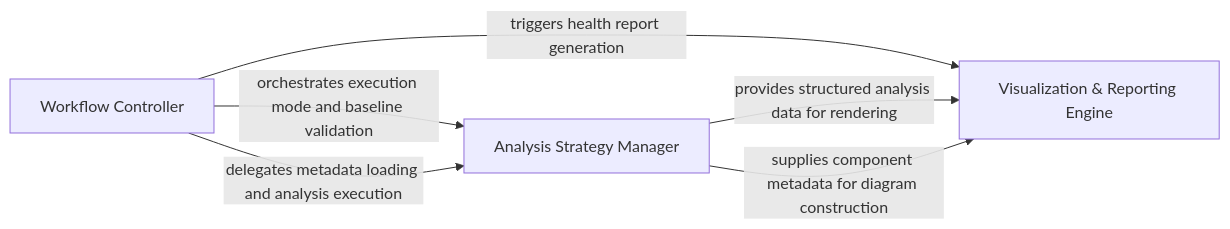
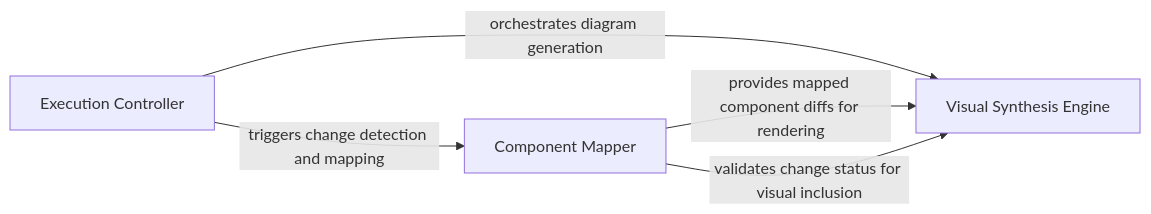
Before and after one commit to CodeBoarding/CodeBoarding-action: the diagram in .codeboarding/Analysis_Orchestrator.md, drawn with Mermaid. The commit also changed other lines of this file and 10 other files, not shown here.

Commit message:
chore(codeboarding): sync architecture baseline

````diff
--- a/.codeboarding/Analysis_Orchestrator.md
+++ b/.codeboarding/Analysis_Orchestrator.md
@@ -1,11 +1,10 @@
 ```mermaid
 graph LR
-    Workflow_Controller["Workflow Controller"]
-    Analysis_Strategy_Manager["Analysis Strategy Manager"]
-    Visualization_Reporting_Engine["Visualization & Reporting Engine"]
-    Workflow_Controller -- "orchestrates execution mode and baseline validation" --> Analysis_Strategy_Manager
-    Workflow_Controller -- "delegates metadata loading and analysis execution" --> Analysis_Strategy_Manager
-    Workflow_Controller -- "triggers health report generation" --> Visualization_Reporting_Engine
-    Analysis_Strategy_Manager -- "provides structured analysis data for rendering" --> Visualization_Reporting_Engine
-    Analysis_Strategy_Manager -- "supplies component metadata for diagram construction" --> Visualization_Reporting_Engine
+    Execution_Controller["Execution Controller"]
+    Component_Mapper["Component Mapper"]
+    Visual_Synthesis_Engine["Visual Synthesis Engine"]
+    Execution_Controller -- "triggers change detection and mapping" --> Component_Mapper
+    Execution_Controller -- "orchestrates diagram generation" --> Visual_Synthesis_Engine
+    Component_Mapper -- "provides mapped component diffs for rendering" --> Visual_Synthesis_Engine
+    Component_Mapper -- "validates change status for visual inclusion" --> Visual_Synthesis_Engine
 ```
````
